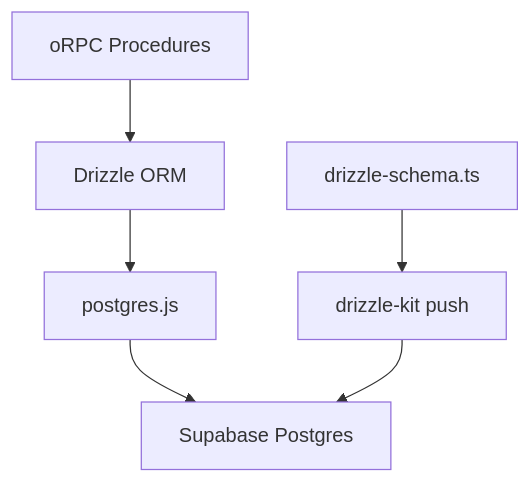
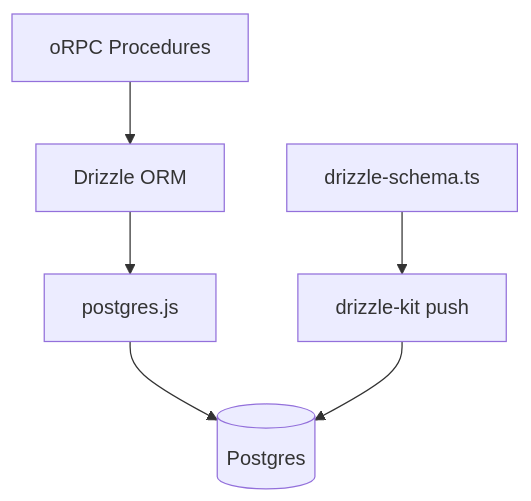
One commit to kyh/init changed the diagram in apps/web/content/docs/architecture/database.mdx. Above: the diagram before and after it, drawn with Mermaid. The commit also changed other lines of this file and 31 other files, not shown here.

First line of the commit message:
Replace Supabase with Postgres + Vercel Blob via files-sdk (merges #141) (#164)

````diff
--- a/apps/web/content/docs/architecture/database.mdx
+++ b/apps/web/content/docs/architecture/database.mdx
@@ -18,9 +18,9 @@
 ```mermaid
 graph TB
     A[oRPC Procedures] --> B[Drizzle ORM]
     B --> C[postgres.js]
-    C --> D[Supabase Postgres]
+    C --> D[(Postgres)]
 
     E[drizzle-schema.ts] --> F[drizzle-kit push]
     F --> D
 ```
````
